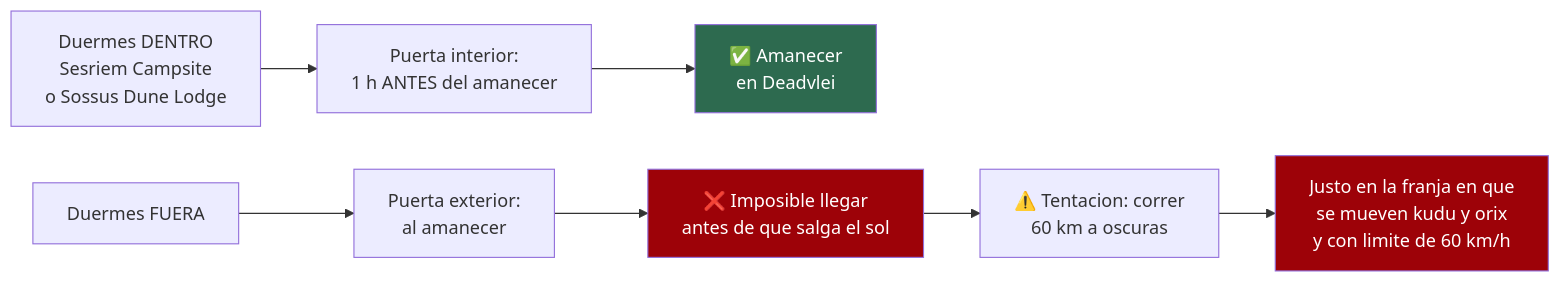
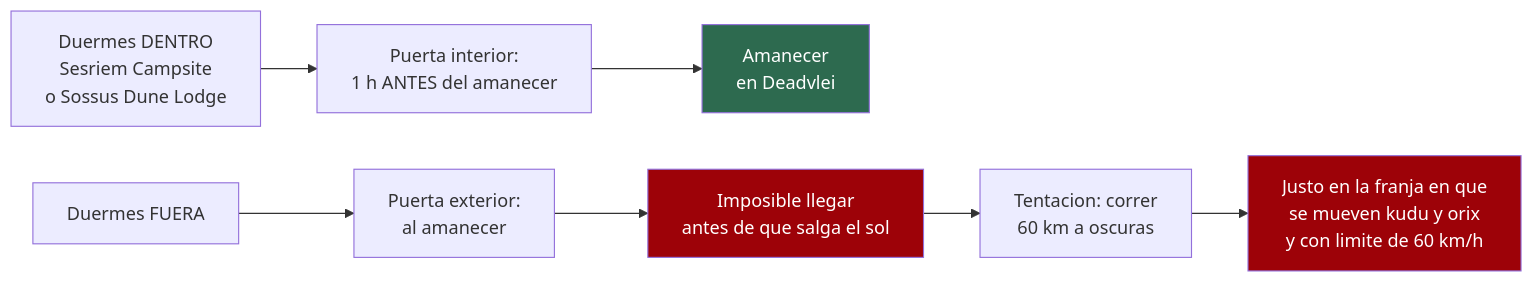
The third of 3 diagrams in 06-conduccion.md (morandeirachema/namibia), drawn with Mermaid before and after one commit. The commit also changed other lines of this file and 14 other files, not shown here.

Commit message:
Arreglar el renderizado de los diagramas en GitHub: fuera emojis, negritas y barras ASCII de dentro de los nodos, que descuadraban la medida y recortaban el texto

````diff
--- a/06-conduccion.md
+++ b/06-conduccion.md
@@ -377,12 +377,12 @@
 ```mermaid
 flowchart LR
     A["Duermes DENTRO<br/>Sesriem Campsite<br/>o Sossus Dune Lodge"] --> B["Puerta interior:<br/>1 h ANTES del amanecer"]
-    B --> C["✅ Amanecer<br/>en Deadvlei"]
+    B --> C["Amanecer<br/>en Deadvlei"]
     D["Duermes FUERA"] --> E["Puerta exterior:<br/>al amanecer"]
-    E --> F["❌ Imposible llegar<br/>antes de que salga el sol"]
-    F --> G["⚠️ Tentacion: correr<br/>60 km a oscuras"]
+    E --> F["Imposible llegar<br/>antes de que salga el sol"]
+    F --> G["Tentacion: correr<br/>60 km a oscuras"]
     G --> H["Justo en la franja en que<br/>se mueven kudu y orix<br/>y con limite de 60 km/h"]
     style C fill:#2d6a4f,color:#fff
     style F fill:#9d0208,color:#fff
     style H fill:#9d0208,color:#fff
 ```
````
